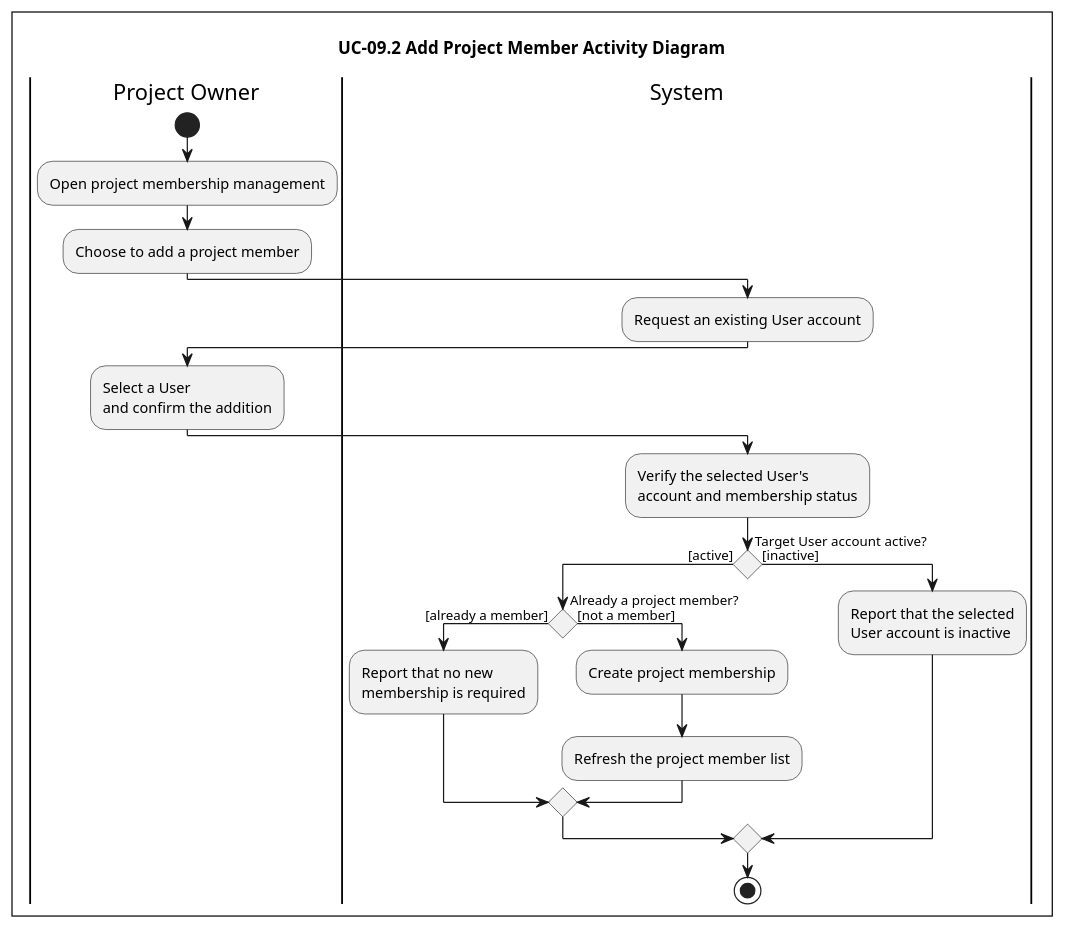
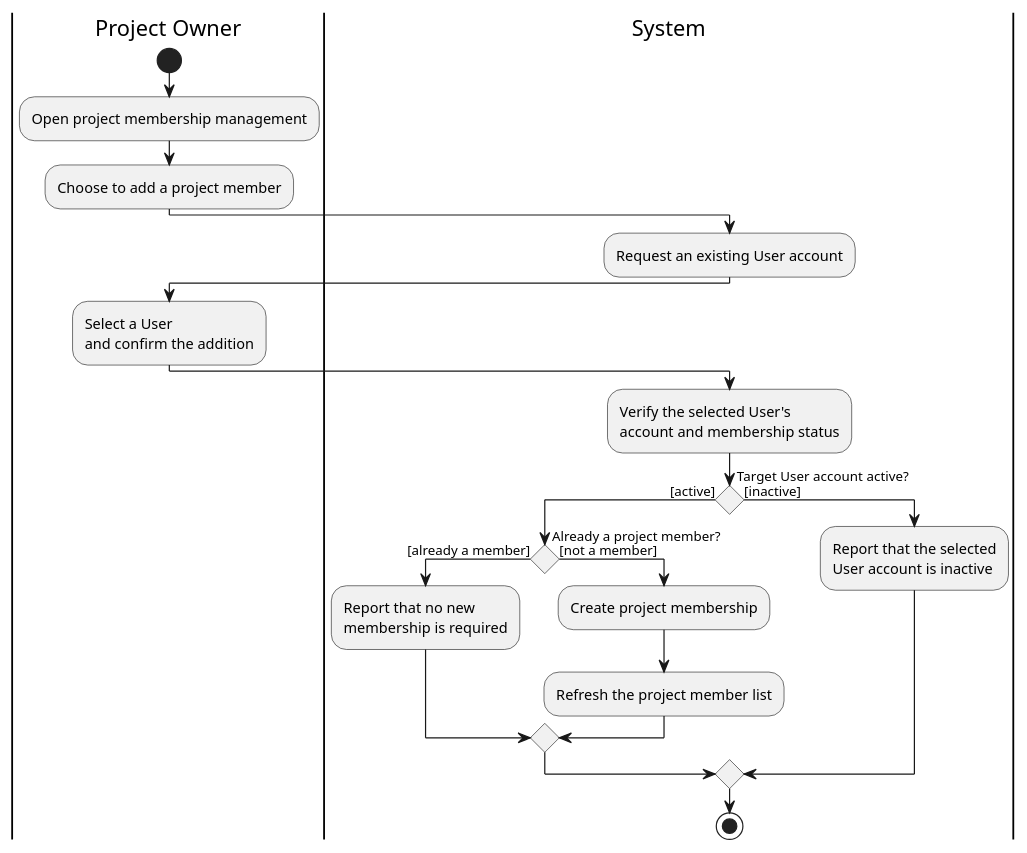
The diagram in diagrams/activity/nguyen-an-binh/UC-09.2-add-project-member.puml (lukenab/swd392-doc-automation), drawn with PlantUML before and after one commit. The commit also changed 4 other files, not shown here.

Commit message:
feat: add script to render activity diagrams in SVG and PNG formats

```diff
--- a/diagrams/activity/nguyen-an-binh/UC-09.2-add-project-member.puml
+++ b/diagrams/activity/nguyen-an-binh/UC-09.2-add-project-member.puml
@@ -1,43 +1,39 @@
 @startuml
-
-title UC-09.2 Add Project Member Activity Diagram
 
 skinparam defaultFontName "Times New Roman"
 skinparam conditionStyle diamond
 skinparam ConditionEndStyle diamond
 skinparam shadowing false
-skinparam DiagramBorderColor black
-skinparam DiagramBorderThickness 1
 
 |Project Owner|
 start
 :Open project membership management;
 :Choose to add a project member;
 
 |System|
 :Request an existing User account;
 
 |Project Owner|
 :Select a User
 and confirm the addition;
 
 |System|
 :Verify the selected User's
 account and membership status;
 
 if (Target User account active?) then ([active])
     if (Already a project member?) then ([already a member])
         :Report that no new
         membership is required;
     else ([not a member])
         :Create project membership;
         :Refresh the project member list;
     endif
 else ([inactive])
     :Report that the selected
     User account is inactive;
 endif
 
 stop
 
 @enduml
```
